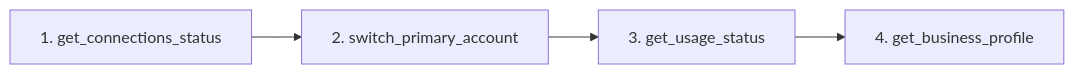
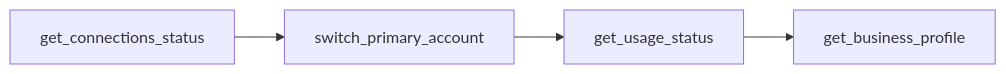
The eighth of 8 diagrams in agent-skills/workflows.mdx (Adspirer/docs), drawn with Mermaid before and after one commit. The commit also changed other lines of this file and 1 other file, not shown here.

First line of the commit message:
Fix Mermaid rendering: remove quotes, numbered prefixes, and special chars from node labels

````diff
--- a/agent-skills/workflows.mdx
+++ b/agent-skills/workflows.mdx
@@ -295,6 +295,6 @@
 ```mermaid
 flowchart LR
-    A["1. get_connections_status"] --> B["2. switch_primary_account"]
-    B --> C["3. get_usage_status"]
-    C --> D["4. get_business_profile"]
+    A[get_connections_status] --> B[switch_primary_account]
+    B --> C[get_usage_status]
+    C --> D[get_business_profile]
 ```
````
